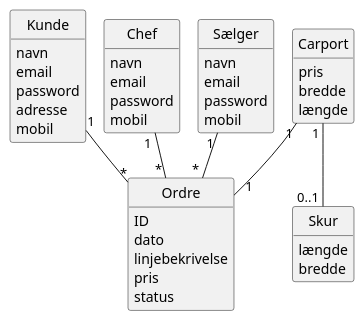
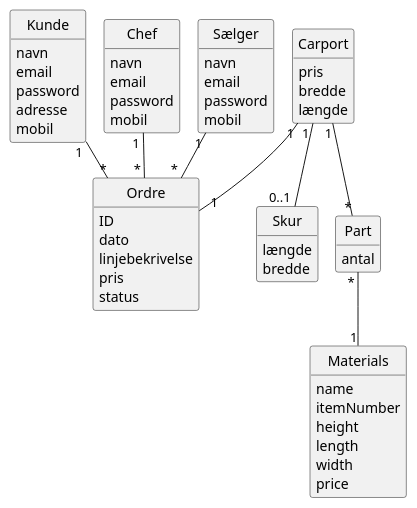
One commit to babanoelk/FogsCarport changed the diagram in documents/diagrams/domain/domain.puml. Above: the diagram before and after it, drawn with PlantUML. The commit also changed 12 other files, not shown here.

```diff
--- a/documents/diagrams/domain/domain.puml
+++ b/documents/diagrams/domain/domain.puml
@@ -1,58 +1,74 @@
 @startuml
 'https://plantuml.com/class-diagram
 !pragma layout smetana
 
 hide circle
 hide methods
 
 class Kunde {
 navn
 email
 password
 adresse
 mobil
 }
 
 class Ordre{
 ID
 dato
 linjebekrivelse
 pris
 status
 }
 
 class Chef{
 navn
 email
 password
 mobil
 }
 
 class Sælger{
 navn
 email
 password
 mobil
 }
 
 class Carport{
 pris
 bredde
 længde
 }
 
 class Skur{
 længde
 bredde
 }
 
+class Materials{
+name
+itemNumber
+height
+length
+width
+price
+}
+
+class Part{
+antal
+}
+
+
 Carport "1 " -- "0..1 " Skur
 Chef "1 " -- " * " Ordre
 Sælger "1 " -- " * " Ordre
 Kunde "1 " -- "*" Ordre
 Carport "1 " -- "   1" Ordre
+Carport "1" -- " *" Part
+Part " * " -- "1" Materials
 
 
 
 
 @enduml
```
